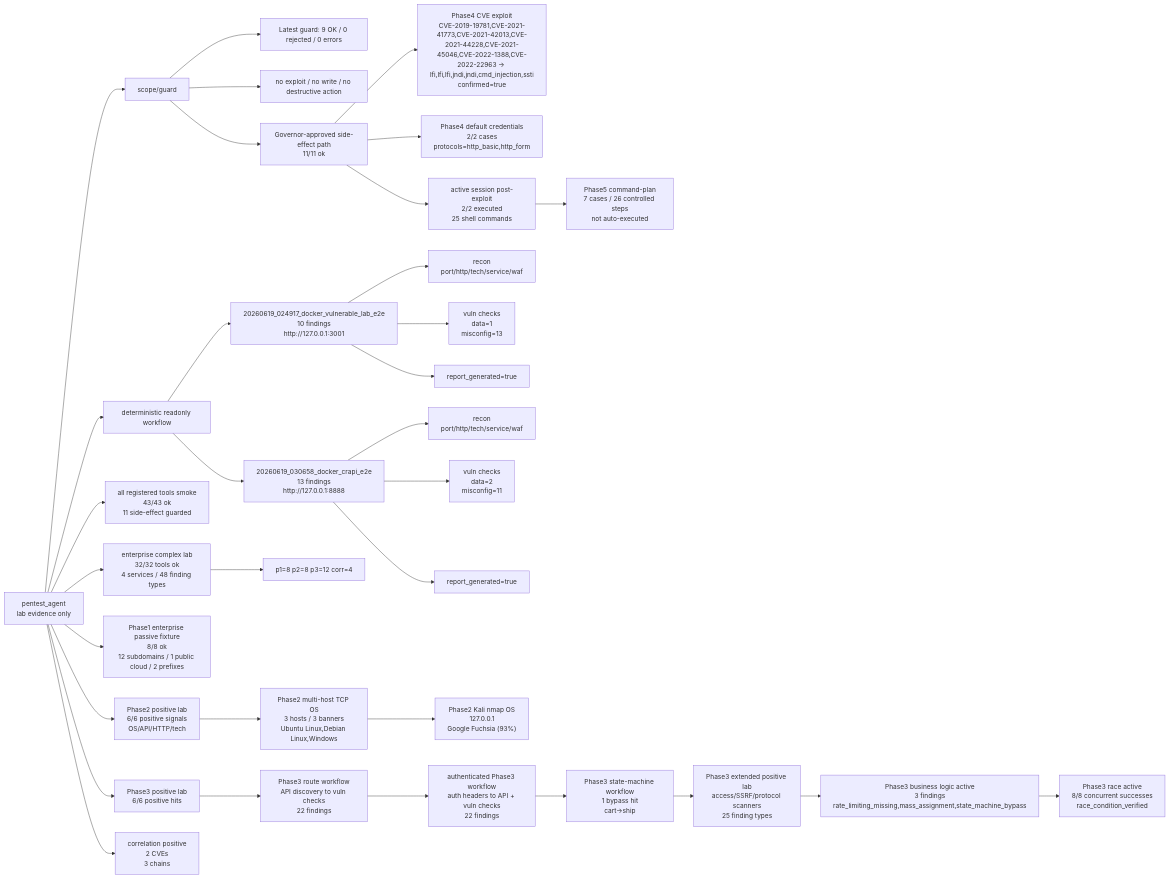
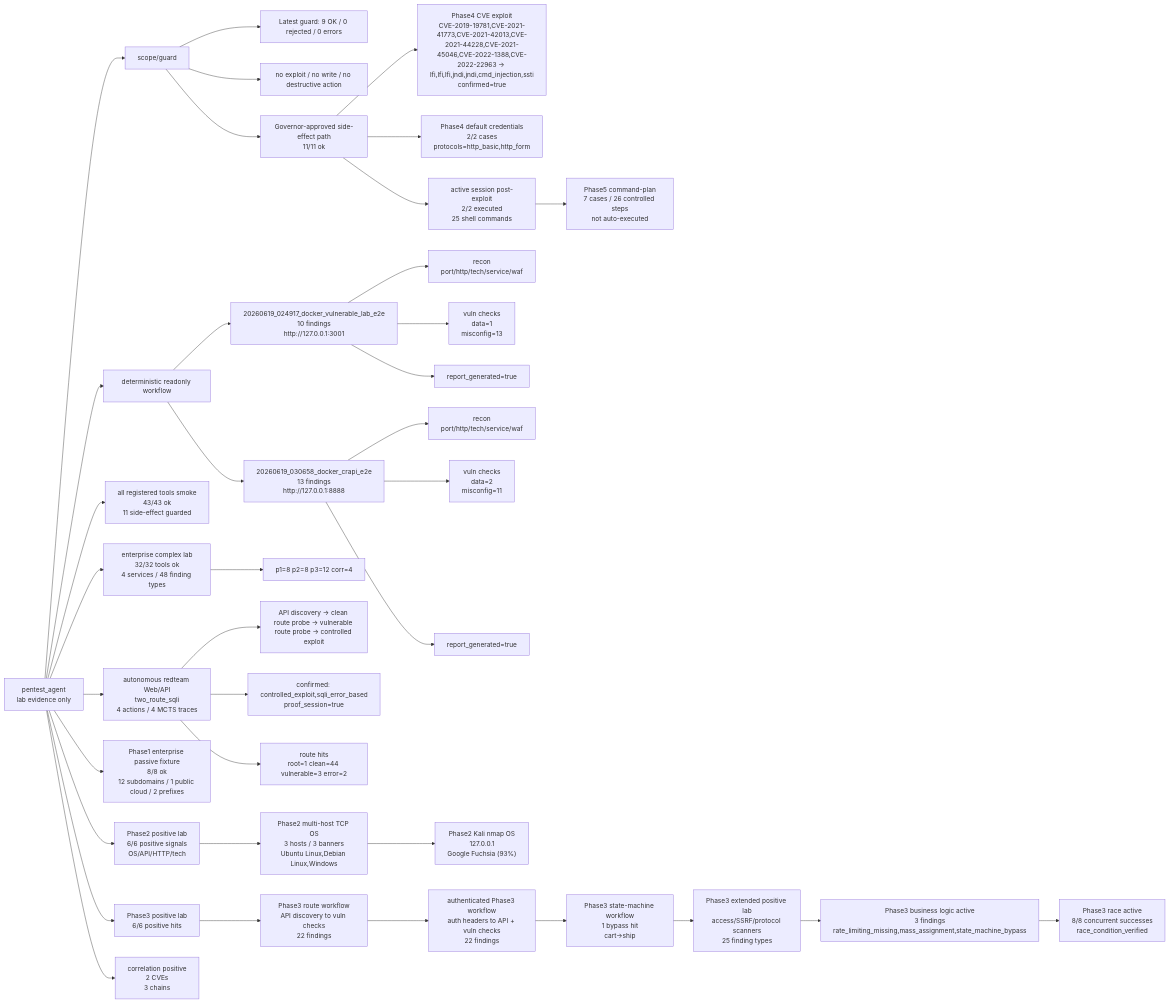
One commit to SakuraYoruno/Natsume_Ai changed the diagram in docs/45_testing/pentest_agent_capability_map.md. Above: the diagram before and after it, drawn with Mermaid. The commit also changed other lines of this file, not shown here.

Commit message:
docs(pentest): refresh autonomous capability map

````diff
--- a/docs/45_testing/pentest_agent_capability_map.md
+++ b/docs/45_testing/pentest_agent_capability_map.md
@@ -150,35 +158,39 @@
 ```mermaid
 flowchart LR
   A["pentest_agent\nlab evidence only"] --> G["scope/guard"]
   A --> W["deterministic readonly workflow"]
   G --> G1["Latest guard: 9 OK / 0 rejected / 0 errors"]
   G --> G2["no exploit / no write / no destructive action"]
   W --> L1["20260619_024917_docker_vulnerable_lab_e2e\n10 findings\nhttp://127.0.0.1:3001"]
   L1 --> L1R["recon\nport/http/tech/service/waf"]
   L1 --> L1V["vuln checks\ndata=1\nmisconfig=13"]
   L1 --> L1P["report_generated=true"]
   W --> L2["20260619_030658_docker_crapi_e2e\n13 findings\nhttp://127.0.0.1:8888"]
   L2 --> L2R["recon\nport/http/tech/service/waf"]
   L2 --> L2V["vuln checks\ndata=2\nmisconfig=11"]
   L2 --> L2P["report_generated=true"]
   A --> S["all registered tools smoke\n43/43 ok\n11 side-effect guarded"]
   A --> EC["enterprise complex lab\n32/32 tools ok\n4 services / 48 finding types"]
   EC --> ECP["p1=8 p2=8 p3=12 corr=4"]
+  A --> ART["autonomous redteam Web/API\ntwo_route_sqli\n4 actions / 4 MCTS traces"]
+  ART --> ART1["API discovery -> clean route probe -> vulnerable route probe -> controlled exploit"]
+  ART --> ART2["confirmed: controlled_exploit,sqli_error_based\nproof_session=true"]
+  ART --> ART3["route hits\nroot=1 clean=44 vulnerable=3 error=2"]
   A --> P1["Phase1 enterprise passive fixture\n8/8 ok\n12 subdomains / 1 public cloud / 2 prefixes"]
   A --> P2["Phase2 positive lab\n6/6 positive signals\nOS/API/HTTP/tech"]
   P2 --> P2M["Phase2 multi-host TCP OS\n3 hosts / 3 banners\nUbuntu Linux,Debian Linux,Windows"]
   P2M --> P2K["Phase2 Kali nmap OS\n127.0.0.1\nGoogle Fuchsia (93%)"]
   A --> P["Phase3 positive lab\n6/6 positive hits"]
   P --> R3["Phase3 route workflow\nAPI discovery to vuln checks\n22 findings"]
   R3 --> AR3["authenticated Phase3 workflow\nauth headers to API + vuln checks\n22 findings"]
   AR3 --> SM3["Phase3 state-machine workflow\n1 bypass hit\ncart->ship"]
   SM3 --> XP3["Phase3 extended positive lab\naccess/SSRF/protocol scanners\n25 finding types"]
   XP3 --> BL3["Phase3 business logic active\n3 findings\nrate_limiting_missing,mass_assignment,state_machine_bypass"]
   BL3 --> RC3["Phase3 race active\n8/8 concurrent successes\nrace_condition_verified"]
   G --> E["Governor-approved side-effect path\n11/11 ok"]
   E --> CVE4["Phase4 CVE exploit\nCVE-2019-19781,CVE-2021-41773,CVE-2021-42013,CVE-2021-44228,CVE-2021-45046,CVE-2022-1388,CVE-2022-22963 -> lfi,lfi,lfi,jndi,jndi,cmd_injection,ssti\nconfirmed=true"]
   E --> DC4["Phase4 default credentials\n2/2 cases\nprotocols=http_basic,http_form"]
   A --> C["correlation positive\n2 CVEs\n3 chains"]
   E --> AS["active session post-exploit\n2/2 executed\n25 shell commands"]
   AS --> CP5["Phase5 command-plan\n7 cases / 26 controlled steps\nnot auto-executed"]
 ```
````
